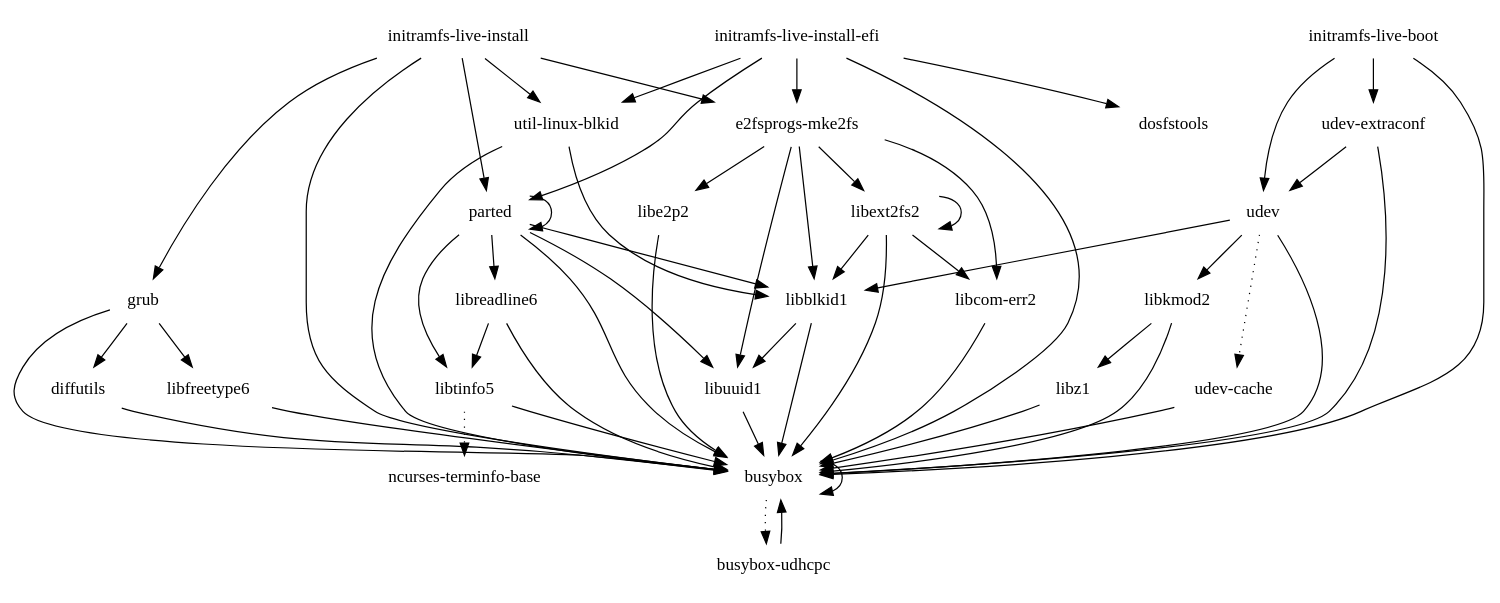
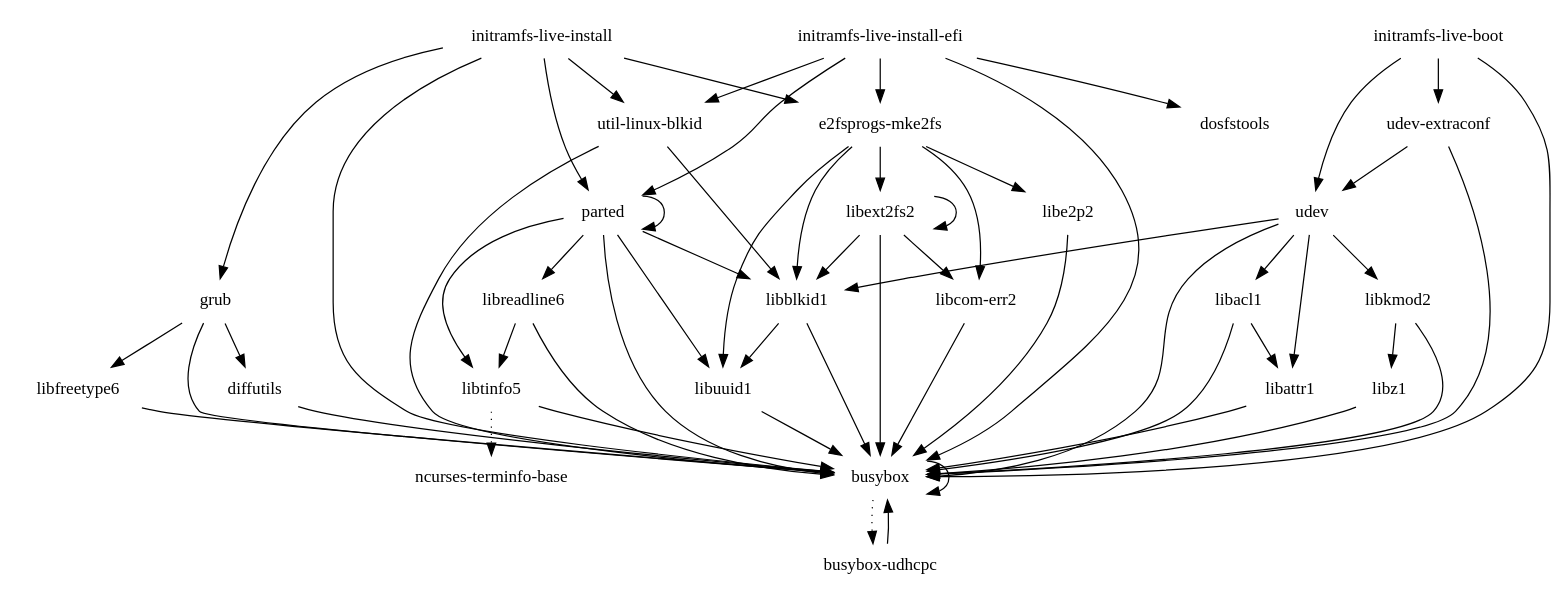
The diagram in images/hagw/glibc/core-image-minimal-initramfs/depends-nokernel-nolibc-noupdate.dot (rstreif/yp_buildhistory), drawn with Graphviz before and after one commit. The commit also changed 37 other files, not shown here.

```diff
--- a/images/hagw/glibc/core-image-minimal-initramfs/depends-nokernel-nolibc-noupdate.dot
+++ b/images/hagw/glibc/core-image-minimal-initramfs/depends-nokernel-nolibc-noupdate.dot
@@ -1,60 +1,63 @@
 digraph depends {
     node [shape=plaintext]
 "busybox" -> "busybox";
 "busybox" -> "busybox-udhcpc" [style=dotted];
 "busybox-udhcpc" -> "busybox";
 "diffutils" -> "busybox";
 "e2fsprogs-mke2fs" -> "libblkid1";
 "e2fsprogs-mke2fs" -> "libcom-err2";
 "e2fsprogs-mke2fs" -> "libe2p2";
 "e2fsprogs-mke2fs" -> "libext2fs2";
 "e2fsprogs-mke2fs" -> "libuuid1";
 "grub" -> "busybox";
 "grub" -> "diffutils";
 "grub" -> "libfreetype6";
 "initramfs-live-boot" -> "busybox";
 "initramfs-live-boot" -> "udev";
 "initramfs-live-boot" -> "udev-extraconf";
 "initramfs-live-install" -> "busybox";
 "initramfs-live-install" -> "e2fsprogs-mke2fs";
 "initramfs-live-install" -> "grub";
 "initramfs-live-install" -> "parted";
 "initramfs-live-install" -> "util-linux-blkid";
 "initramfs-live-install-efi" -> "busybox";
 "initramfs-live-install-efi" -> "dosfstools";
 "initramfs-live-install-efi" -> "e2fsprogs-mke2fs";
 "initramfs-live-install-efi" -> "parted";
 "initramfs-live-install-efi" -> "util-linux-blkid";
+"libacl1" -> "busybox";
+"libacl1" -> "libattr1";
+"libattr1" -> "busybox";
 "libblkid1" -> "busybox";
 "libblkid1" -> "libuuid1";
 "libcom-err2" -> "busybox";
 "libe2p2" -> "busybox";
 "libext2fs2" -> "busybox";
 "libext2fs2" -> "libblkid1";
 "libext2fs2" -> "libcom-err2";
 "libext2fs2" -> "libext2fs2";
 "libfreetype6" -> "busybox";
 "libkmod2" -> "busybox";
 "libkmod2" -> "libz1";
 "libreadline6" -> "busybox";
 "libreadline6" -> "libtinfo5";
 "libtinfo5" -> "busybox";
 "libtinfo5" -> "ncurses-terminfo-base" [style=dotted];
 "libuuid1" -> "busybox";
 "libz1" -> "busybox";
 "parted" -> "busybox";
 "parted" -> "libblkid1";
 "parted" -> "libreadline6";
 "parted" -> "libtinfo5";
 "parted" -> "libuuid1";
 "parted" -> "parted";
 "udev" -> "busybox";
+"udev" -> "libacl1";
+"udev" -> "libattr1";
 "udev" -> "libblkid1";
 "udev" -> "libkmod2";
-"udev" -> "udev-cache" [style=dotted];
-"udev-cache" -> "busybox";
 "udev-extraconf" -> "busybox";
 "udev-extraconf" -> "udev";
 "util-linux-blkid" -> "busybox";
 "util-linux-blkid" -> "libblkid1";
 }
```
